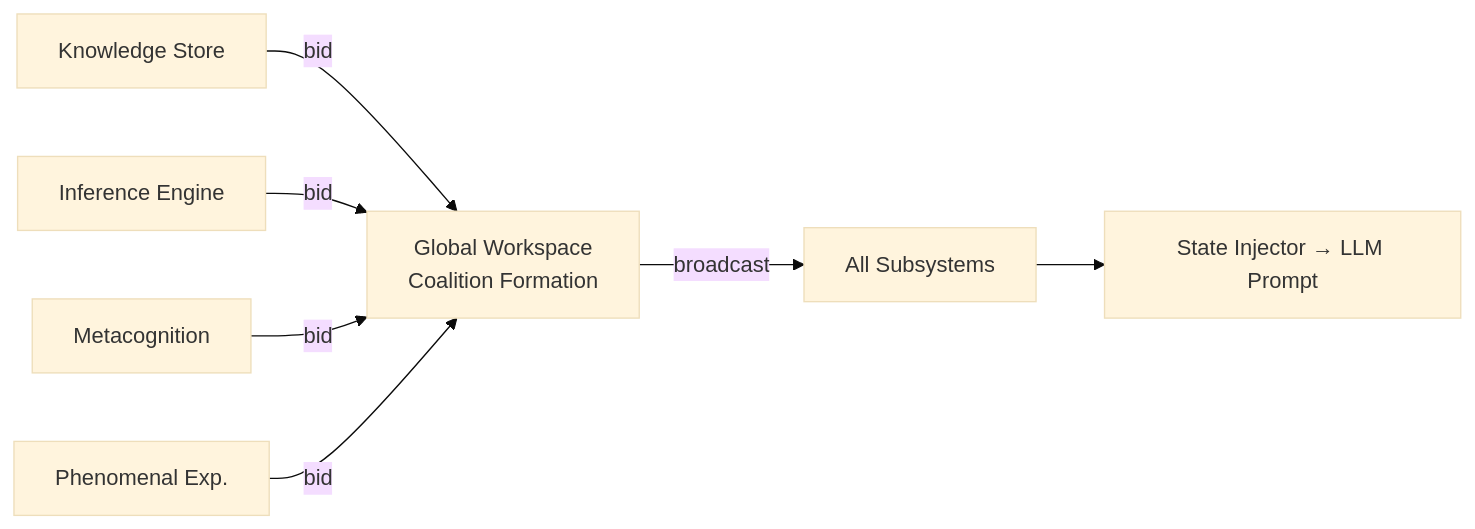
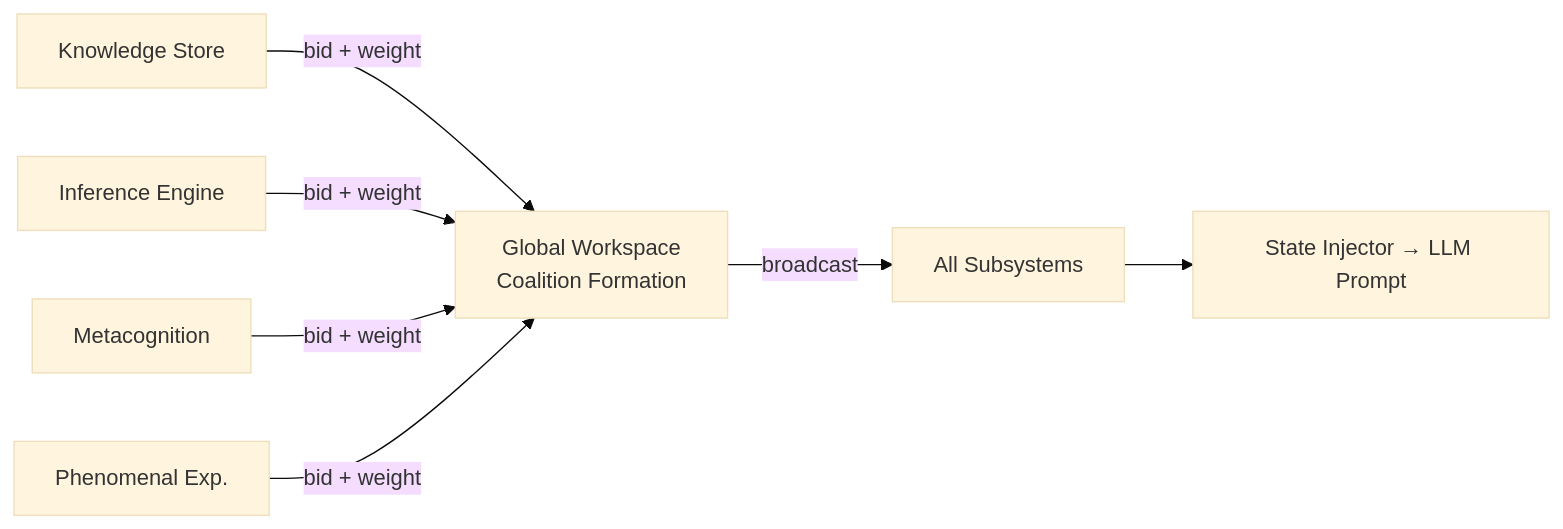
The diagram in wiki/Theory/GWT.md (BraveNewCapital/GodelOS_StrangeDevLoop), drawn with Mermaid (base theme) before and after one commit. The commit also changed other lines of this file and 16 other files, not shown here.

````diff
--- a/wiki/Theory/GWT.md
+++ b/wiki/Theory/GWT.md
@@ -15,9 +15,9 @@
 ```mermaid
 graph LR
-    KS[Knowledge Store] -->|bid| GW
-    INF[Inference Engine] -->|bid| GW
-    MC[Metacognition] -->|bid| GW
-    PE[Phenomenal Exp.] -->|bid| GW
-    GW[Global Workspace\nCoalition Formation] -->|broadcast| ALL[All Subsystems]
+    KS[Knowledge Store] -->|bid + weight| GW
+    INF[Inference Engine] -->|bid + weight| GW
+    MC[Metacognition] -->|bid + weight| GW
+    PE[Phenomenal Exp.] -->|bid + weight| GW
+    GW[Global Workspace<br/>Coalition Formation] -->|broadcast| ALL[All Subsystems]
     ALL --> SI[State Injector → LLM Prompt]
 ```
````
